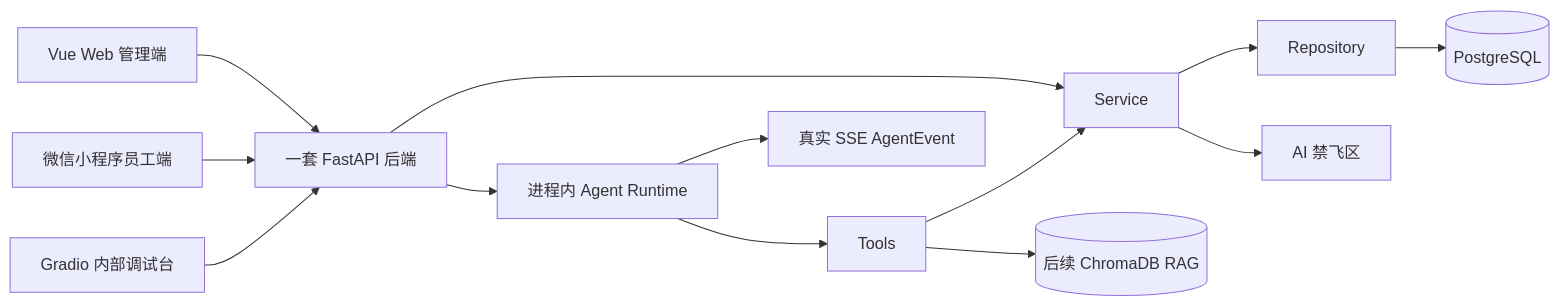
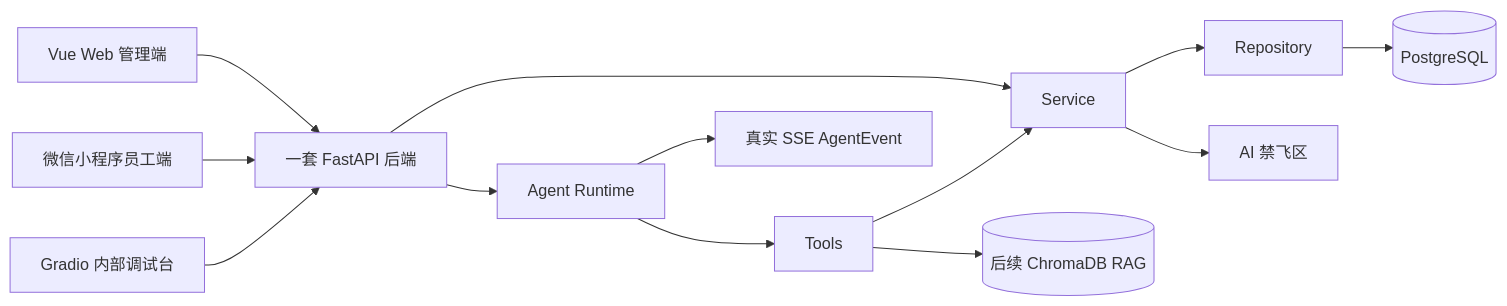
One commit to shmzl1/workspace-core changed the diagram in README.md. Above: the diagram before and after it, drawn with Mermaid. The commit also changed other lines of this file and 26 other files, not shown here.

````diff
--- a/README.md
+++ b/README.md
@@ -65,27 +65,27 @@
 ```mermaid
 flowchart LR
     Web[Vue Web 管理端]
     Mini[微信小程序员工端]
     Gradio[Gradio 内部调试台]
     API[一套 FastAPI 后端]
     Service[Service]
     Repo[Repository]
     DB[(PostgreSQL)]
-    Agent[进程内 Agent Runtime]
+Agent[Agent Runtime]
     Tool[Tools]
     RAG[(后续 ChromaDB RAG)]
     Human[AI 禁飞区]
 
     Web --> API
     Mini --> API
     Gradio --> API
     API --> Service
     Service --> Repo
     Repo --> DB
     API --> Agent
     Agent --> SSE[真实 SSE AgentEvent]
     Agent --> Tool
     Tool --> Service
     Tool --> RAG
     Service --> Human
 ```
````
